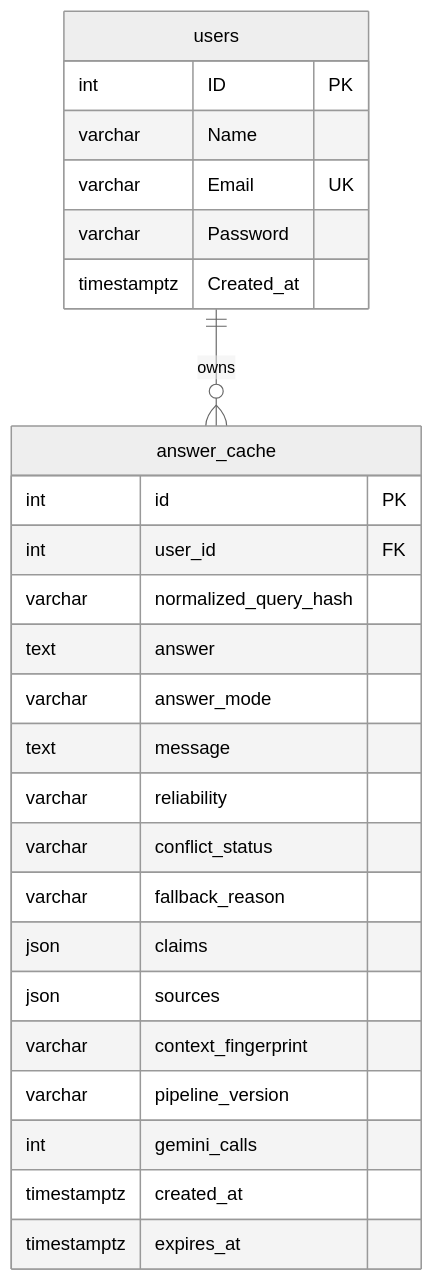
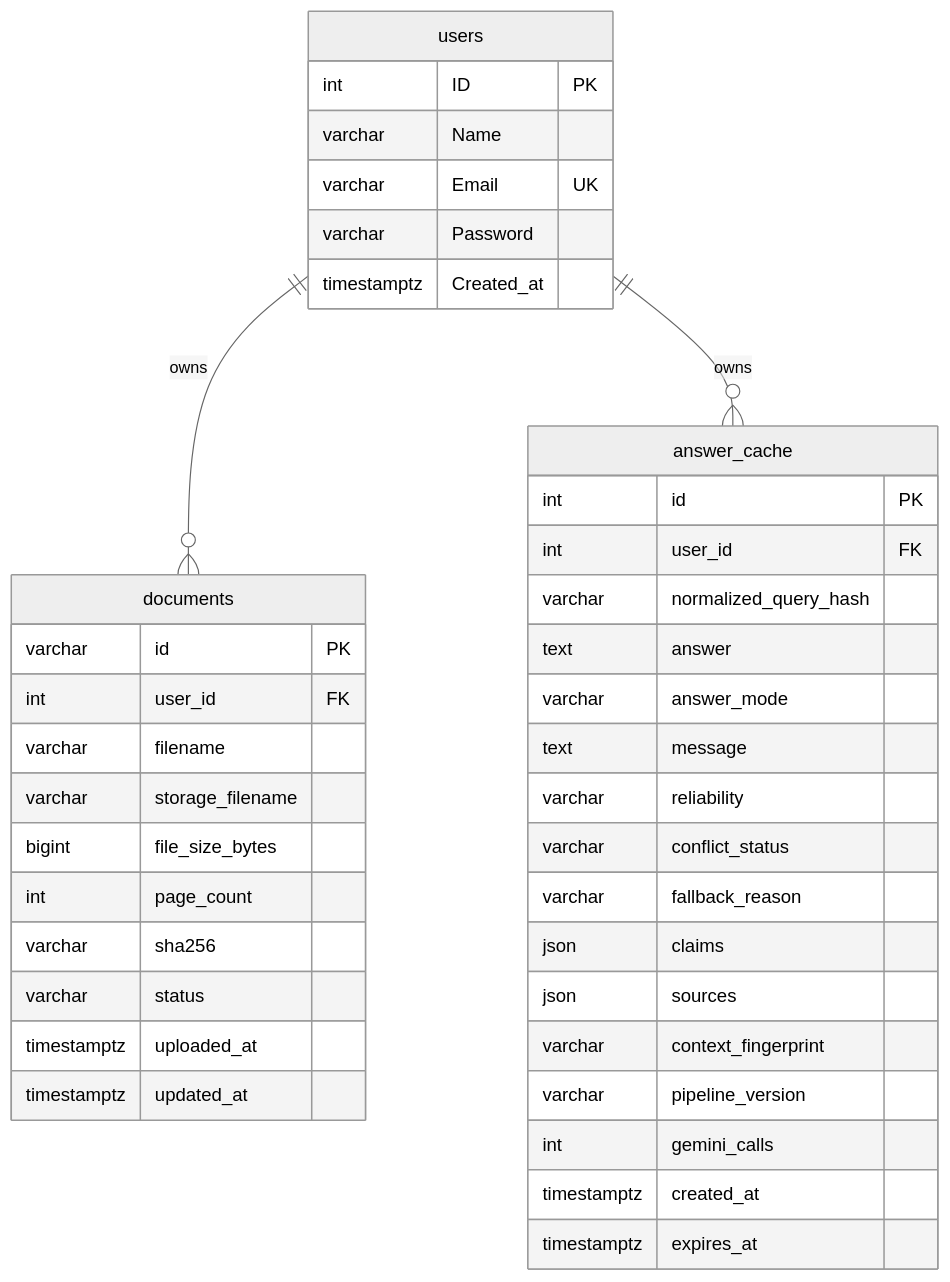
Before and after one commit to udayankar/Personalized-AI-Learning-Assistant: the second of 2 diagrams in README-technical.md, drawn with Mermaid (neutral theme). The commit also changed other lines of this file and 15 other files, not shown here.

````diff
--- a/README-technical.md
+++ b/README-technical.md
@@ -230,31 +237,45 @@
 ```mermaid
 erDiagram
+    users ||--o{ documents : owns
     users ||--o{ answer_cache : owns
 
     users {
         int ID PK
         varchar Name
         varchar Email UK
         varchar Password
         timestamptz Created_at
+    }
+
+    documents {
+        varchar id PK
+        int user_id FK
+        varchar filename
+        varchar storage_filename
+        bigint file_size_bytes
+        int page_count
+        varchar sha256
+        varchar status
+        timestamptz uploaded_at
+        timestamptz updated_at
     }
 
     answer_cache {
         int id PK
         int user_id FK
         varchar normalized_query_hash
         text answer
         varchar answer_mode
         text message
         varchar reliability
         varchar conflict_status
         varchar fallback_reason
         json claims
         json sources
         varchar context_fingerprint
         varchar pipeline_version
         int gemini_calls
         timestamptz created_at
         timestamptz expires_at
     }
 ```
````
